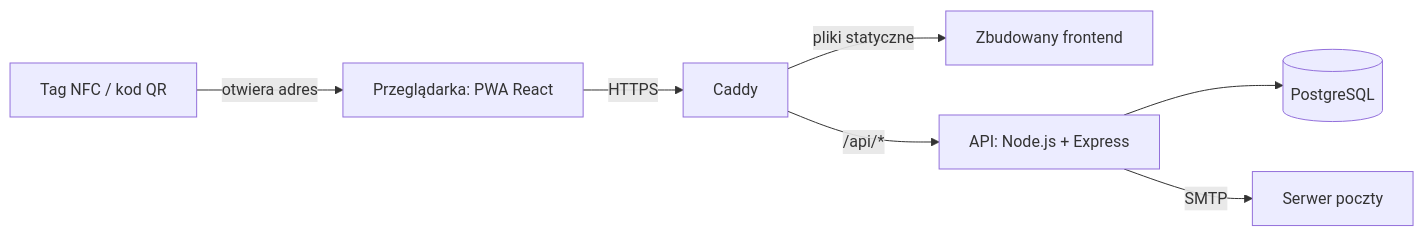
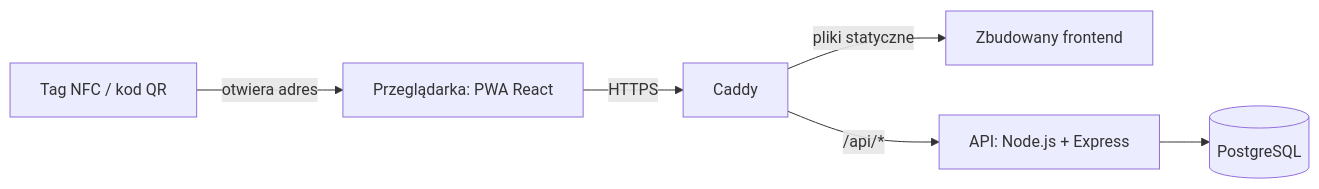
Before and after one commit to FullC0ntrol/PeTracker-FinalVersion: the first of 5 diagrams in plan/04-architektura.md, drawn with Mermaid. The commit also changed other lines of this file and 20 other files, not shown here.

````diff
--- a/plan/04-architektura.md
+++ b/plan/04-architektura.md
@@ -7,9 +7,8 @@
 ```mermaid
 flowchart LR
   T[Tag NFC / kod QR] -->|otwiera adres| B[Przeglądarka: PWA React]
   B -->|HTTPS| C[Caddy]
   C -->|pliki statyczne| F[Zbudowany frontend]
   C -->|/api/*| A[API: Node.js + Express]
   A --> D[(PostgreSQL)]
-  A -->|SMTP| M[Serwer poczty]
 ```
````
